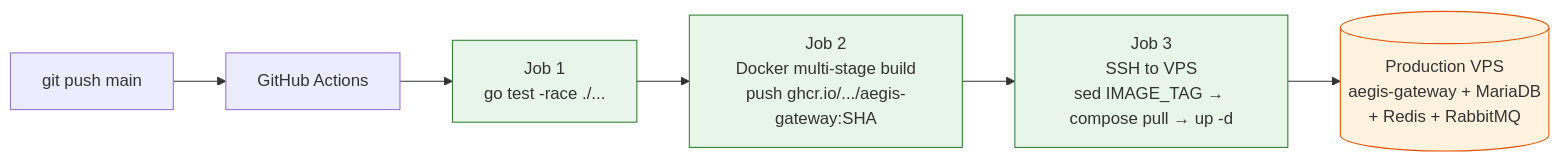
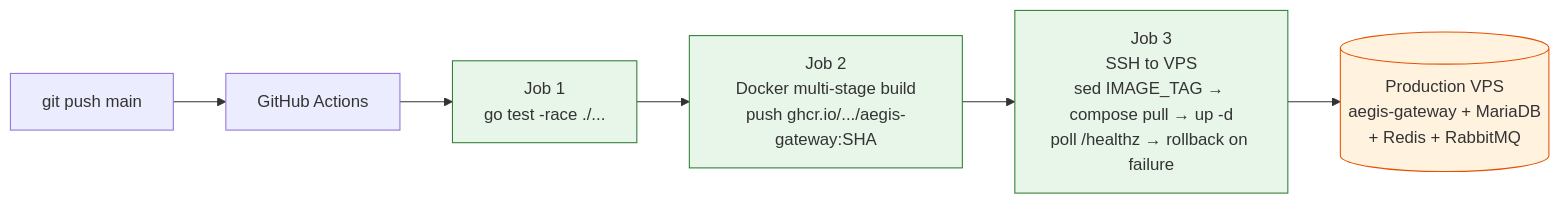
One commit to YINPENGHUA03/Aegis-Gateway-Aegis-High-Availability-Reservation-Gateway- changed the second of 2 diagrams in README.md. Above: the diagram before and after it, drawn with Mermaid. The commit also changed other lines of this file and 4 other files, not shown here.

First line of the commit message:
feat: /healthz deep health check + post-deploy auto rollback

````diff
--- a/README.md
+++ b/README.md
@@ -138,13 +138,13 @@
 ```mermaid
 graph LR
     Push[git push main] --> CI[GitHub Actions]
     CI --> Test["Job 1<br/>go test -race ./..."]
     Test --> Build["Job 2<br/>Docker multi-stage build<br/>push ghcr.io/.../aegis-gateway:SHA"]
-    Build --> Deploy["Job 3<br/>SSH to VPS<br/>sed IMAGE_TAG → compose pull → up -d"]
+    Build --> Deploy["Job 3<br/>SSH to VPS<br/>sed IMAGE_TAG → compose pull → up -d<br/>poll /healthz → rollback on failure"]
     Deploy --> VPS[(Production VPS<br/>aegis-gateway + MariaDB<br/>+ Redis + RabbitMQ)]
 
     classDef job fill:#e8f5e9,stroke:#2e7d32,color:#333;
     classDef target fill:#fff3e0,stroke:#e65100,color:#333;
     class Test,Build,Deploy job;
     class VPS target;
 ```
````
